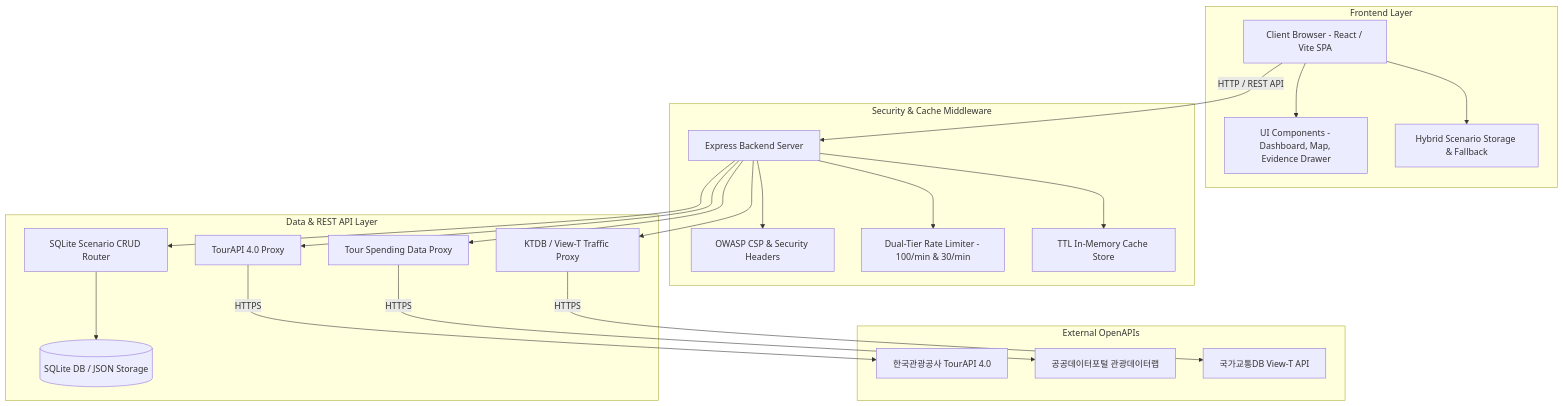
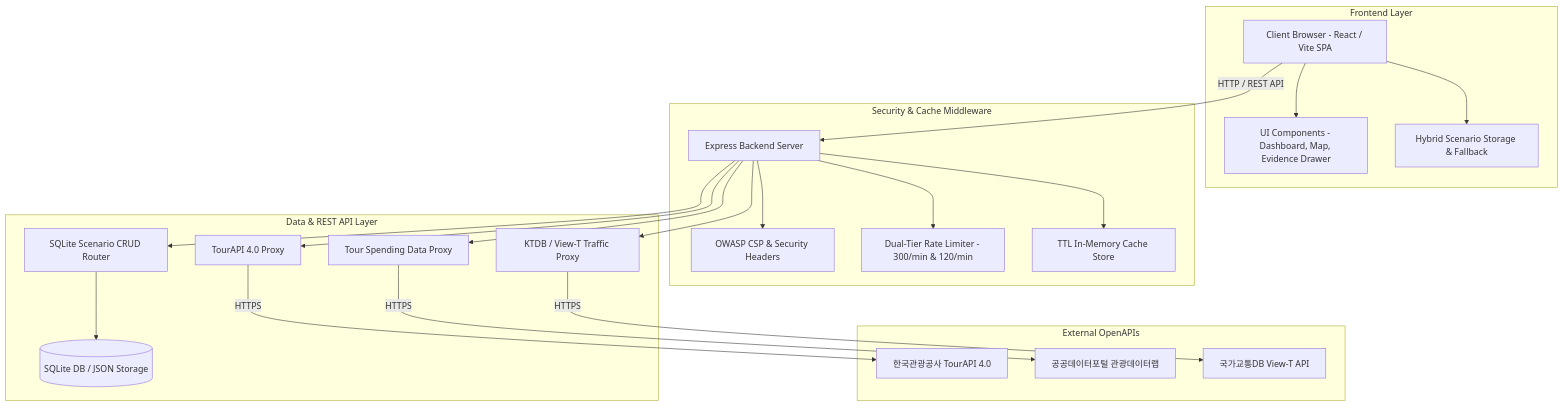
The diagram in docs/specs/architecture-and-api.md (raphael7450-ops/Fest-Twin), drawn with Mermaid before and after one commit. The commit also changed other lines of this file and 7 other files, not shown here.

````diff
--- a/docs/specs/architecture-and-api.md
+++ b/docs/specs/architecture-and-api.md
@@ -9,29 +9,29 @@
 ```mermaid
 graph TD
     Client[Client Browser - React / Vite SPA] -->|HTTP / REST API| Proxy[Express Backend Server]
     
     subgraph Frontend Layer
         Client --> Components[UI Components - Dashboard, Map, Evidence Drawer]
         Client --> StorageService[Hybrid Scenario Storage & Fallback]
     end
 
     subgraph Security & Cache Middleware
         Proxy --> SecHeader[OWASP CSP & Security Headers]
-        Proxy --> RateLimiter[Dual-Tier Rate Limiter - 100/min & 30/min]
+        Proxy --> RateLimiter[Dual-Tier Rate Limiter - 300/min & 120/min]
         Proxy --> CacheStore[TTL In-Memory Cache Store]
     end
 
     subgraph Data & REST API Layer
         Proxy --> ScenarioRouter[SQLite Scenario CRUD Router]
         Proxy --> TourProxy[TourAPI 4.0 Proxy]
         Proxy --> SpendingProxy[Tour Spending Data Proxy]
         Proxy --> TrafficProxy[KTDB / View-T Traffic Proxy]
         ScenarioRouter --> SQLiteDB[(SQLite DB / JSON Storage)]
     end
 
     subgraph External OpenAPIs
         TourProxy -->|HTTPS| TourAPI[한국관광공사 TourAPI 4.0]
         SpendingProxy -->|HTTPS| DataGo[공공데이터포털 관광데이터랩]
         TrafficProxy -->|HTTPS| KTDB[국가교통DB View-T API]
     end
 ```
````
